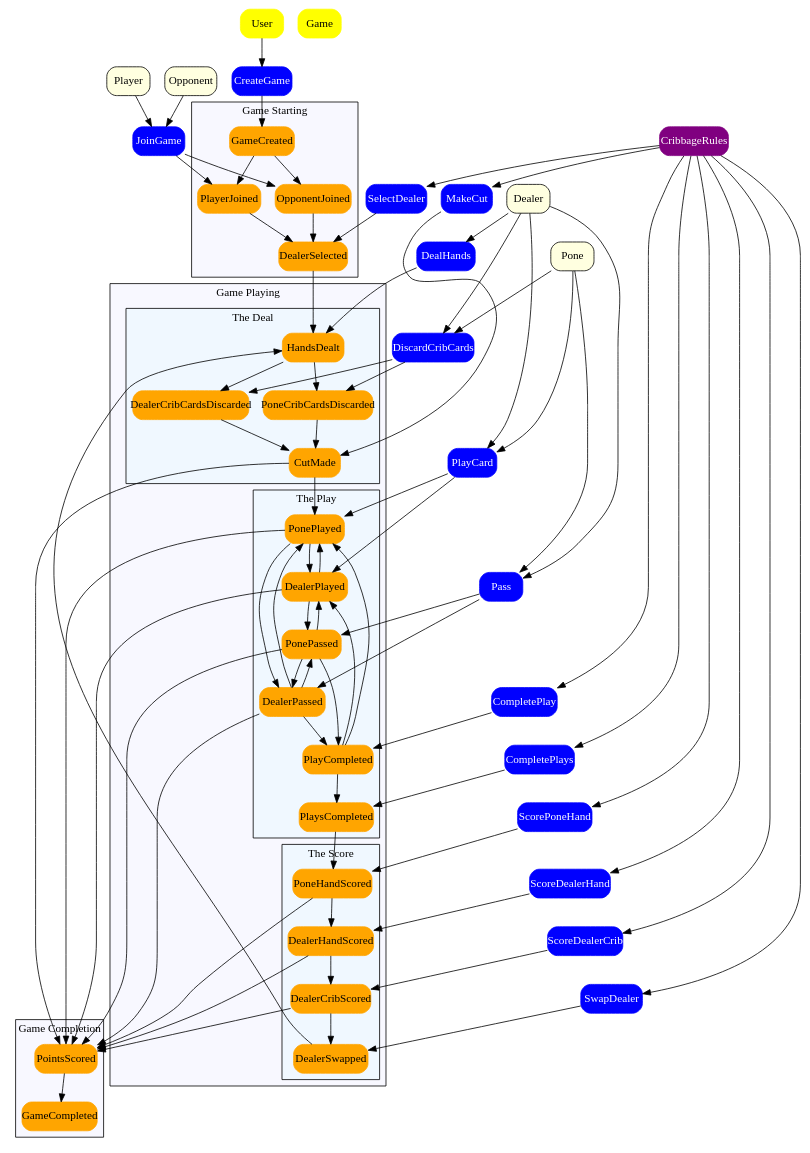
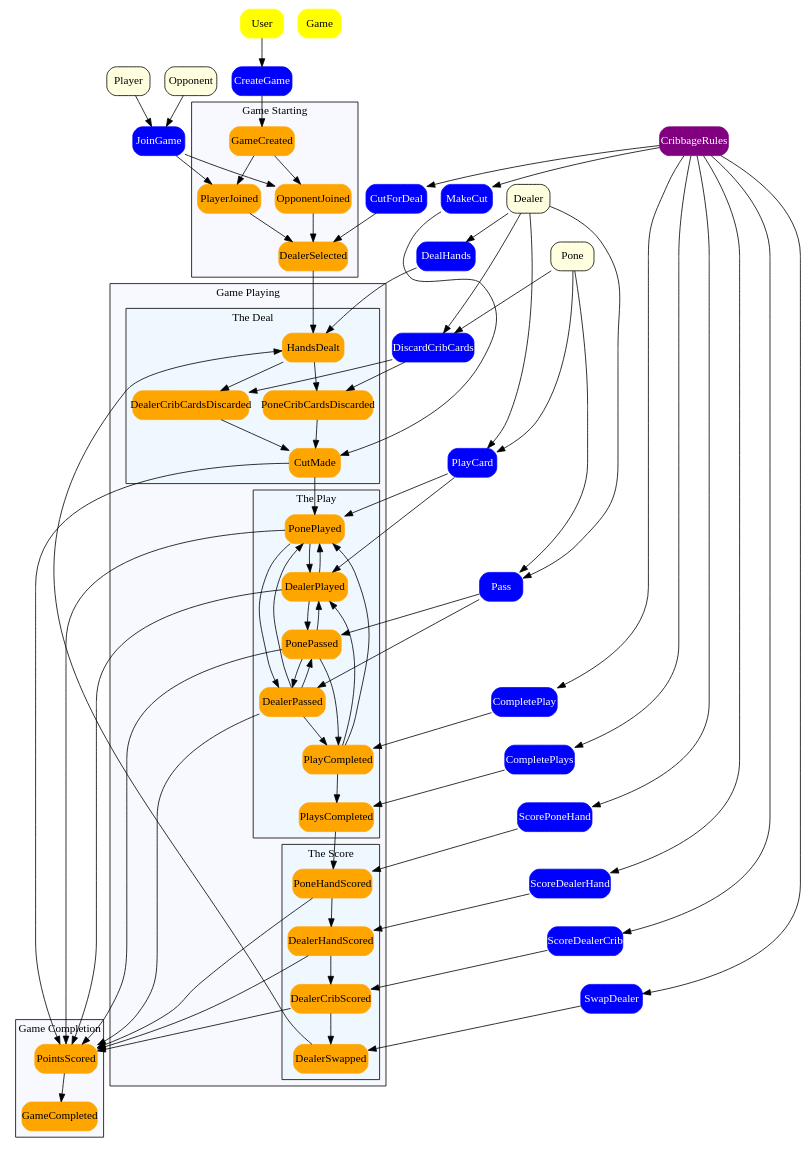
Before and after one commit to nigeleke/cribbage: the diagram in design/events.dot, drawn with Graphviz. The commit also changed 22 other files, not shown here.

```diff
--- a/design/events.dot
+++ b/design/events.dot
@@ -1,200 +1,200 @@
 digraph Cribbage {
 	graph [fontname="comic sans ms"];
 	node [style="filled, rounded", fontname="comic sans ms", shape=rectangle];
 	edge [fontname="comic sans ms"]
 
 	subgraph Events {
 		node [color=orange];
 
 		subgraph cluster_GameStartedEvents {
 			label="Game Starting"
 			style=filled;
 			fillcolor=ghostwhite;
 
 			GameCreated
 			PlayerJoined
 			OpponentJoined
 			DealerSelected
 		}
 
 		subgraph cluster_GamePlayingEvents {
 			label="Game Playing";
 			style=filled;
 			fillcolor=ghostwhite;
 		
 			subgraph cluster_DealingPhase {
 				label="The Deal"
 				fillcolor=aliceblue;
 				HandsDealt
 				DealerCribCardsDiscarded
 				PoneCribCardsDiscarded
 				CutMade
 			}
 
 			subgraph cluster_PlayingPhase {
 				label="The Play"
 				fillcolor=aliceblue;
 				PonePlayed
 				PonePassed
 				DealerPlayed
 				DealerPassed
 				PlayCompleted
 				PlaysCompleted
 			}
 
 			subgraph cluster_ScoringPhase {
 				label="The Score"
 				fillcolor=aliceblue;
 				PoneHandScored
 				DealerHandScored
 				DealerCribScored
 				DealerSwapped
 			}
 		}
 
 		subgraph cluster_GameCompletionEvents {
 			label="Game Completion";
 			style=filled;
 			fillcolor=ghostwhite;
 
 			PointsScored
 			GameCompleted
 		}
 
 		GameCreated -> PlayerJoined
 		GameCreated -> OpponentJoined
 
 		PlayerJoined -> DealerSelected
 		OpponentJoined -> DealerSelected
 
 		DealerSelected -> HandsDealt
 
 		HandsDealt -> DealerCribCardsDiscarded
 		HandsDealt -> PoneCribCardsDiscarded
 
 		DealerCribCardsDiscarded -> CutMade
 		PoneCribCardsDiscarded -> CutMade
 
 		CutMade -> PointsScored
 		CutMade -> PonePlayed
 
 		PonePlayed -> PointsScored
 		PonePassed -> PointsScored
 		DealerPlayed -> PointsScored
 		DealerPassed -> PointsScored
 
 		PonePlayed -> DealerPlayed
 		PonePlayed -> DealerPassed
 		DealerPlayed -> PonePlayed
 		DealerPlayed -> PonePassed
 		PonePassed -> DealerPlayed
 		PonePassed -> DealerPassed -> PlayCompleted
 		DealerPassed -> PonePlayed
 		DealerPassed -> PonePassed -> PlayCompleted
 
 		PlayCompleted -> PonePlayed
 		PlayCompleted -> DealerPlayed
 
 		PlayCompleted -> PlaysCompleted -> PoneHandScored
 
 		PoneHandScored -> PointsScored
 		DealerHandScored -> PointsScored
 		DealerCribScored -> PointsScored
 
 		PoneHandScored -> DealerHandScored
 		DealerHandScored -> DealerCribScored
 		DealerCribScored -> DealerSwapped
 		DealerSwapped -> HandsDealt
 
 		PointsScored -> GameCompleted
 	}
 
 	subgraph Issues {
 		node [color=red, fontcolor=white];
 	}
 
 	subgraph BusinessProcesses {
 		node [color=purple, fontcolor=white];
 		CribbageRules
 	}
 
 	subgraph Commands {
 		node [color=blue, fontcolor=white];
 		CreateGame
 		JoinGame
-		SelectDealer
+		CutForDeal
 		DealHands
 		DiscardCribCards
 		MakeCut
 		PlayCard
 		Pass
 		CompletePlay
 		CompletePlays
 		ScorePoneHand
 		ScoreDealerHand
 		ScoreDealerCrib
 		SwapDealer
 	}
 
 	subgraph Actors {
 		node [fillcolor=lightyellow, color=black]
 		Player
 		Opponent
 		Dealer
 		Pone
 	}
 
 	subgraph Aggregates {
 		node [color=yellow];
 		Game
 		User
 	}
 
 	subgraph ExternalSystems {
 		node [color=magenta];
 	}
 
 	subgraph Views {
 		node [color=green];
 	}
 
 	CreateGame -> GameCreated
 	JoinGame -> PlayerJoined
 	JoinGame -> OpponentJoined
-	SelectDealer -> DealerSelected
+	CutForDeal -> DealerSelected
 	DealHands -> HandsDealt
 	DiscardCribCards -> DealerCribCardsDiscarded
 	DiscardCribCards -> PoneCribCardsDiscarded
 	MakeCut -> CutMade
 	PlayCard -> PonePlayed
 	PlayCard -> DealerPlayed
 	Pass -> PonePassed
 	Pass -> DealerPassed
 	CompletePlay -> PlayCompleted
 	CompletePlays -> PlaysCompleted
 	ScorePoneHand -> PoneHandScored
 	ScoreDealerHand -> DealerHandScored
 	ScoreDealerCrib -> DealerCribScored
 	SwapDealer -> DealerSwapped
 
 
 	User -> CreateGame
 	Player -> JoinGame
 	Opponent -> JoinGame
-	CribbageRules -> SelectDealer
+	CribbageRules -> CutForDeal
 	Dealer -> DealHands
 	Pone -> DiscardCribCards
 	Dealer -> DiscardCribCards
 	CribbageRules -> MakeCut
 	Pone -> PlayCard
 	Dealer -> PlayCard
 	Pone -> Pass
 	Dealer -> Pass
 	CribbageRules -> CompletePlay
 	CribbageRules -> CompletePlays
 	CribbageRules -> ScorePoneHand
 	CribbageRules -> ScoreDealerHand
 	CribbageRules -> ScoreDealerCrib
 	CribbageRules -> SwapDealer
 
 }
```
